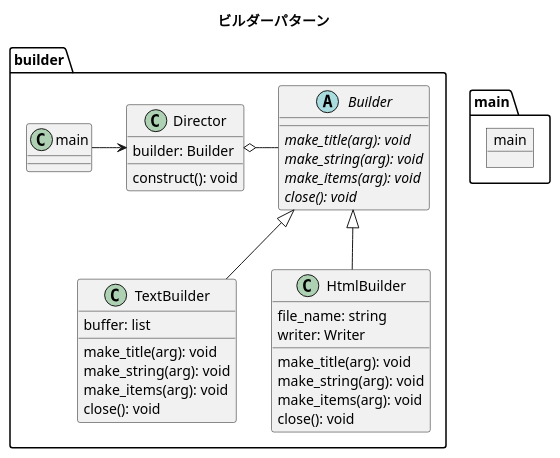
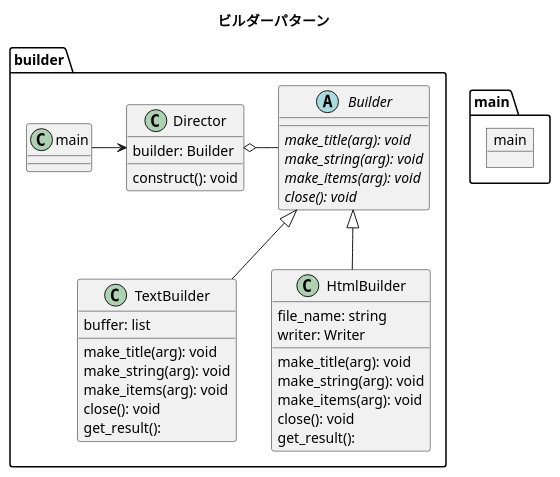
Before and after one commit to halukenn/design_pattern_with_python: the diagram in builder/class_diagram.pu, drawn with PlantUML.

Commit message:
不足してたメソッド追加

```diff
--- a/builder/class_diagram.pu
+++ b/builder/class_diagram.pu
@@ -1,53 +1,55 @@
 @startuml
 
 title ビルダーパターン
 
 package main {
     object main {
     }
 }
 
 package main {
     object main {
     }
 }
 
 package builder {
 
     class Director {
         builder: Builder
         construct(): void
     }
 
     abstract Builder {
         {abstract} make_title(arg): void
         {abstract} make_string(arg): void
         {abstract} make_items(arg): void
         {abstract} close(): void
     }
 
     class TextBuilder {
         buffer: list
         make_title(arg): void
         make_string(arg): void
         make_items(arg): void
         close(): void
+        get_result():
     }
 
     class HtmlBuilder {
         file_name: string
         writer: Writer
         make_title(arg): void
         make_string(arg): void
         make_items(arg): void
         close(): void
+        get_result():
     }
 
     Builder <|-- TextBuilder
     Builder <|-- HtmlBuilder
 
     main -right-> Director
     Director o-right- Builder
 }
 
 @enduml
```
